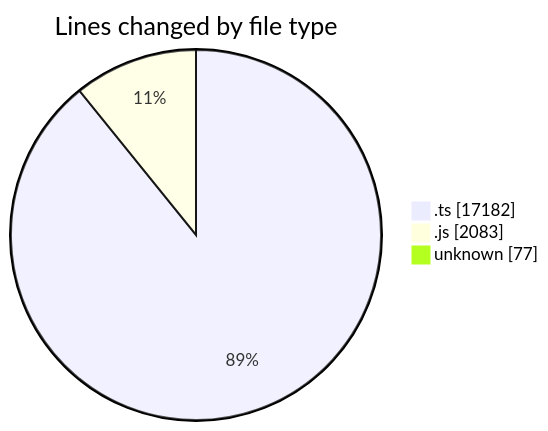
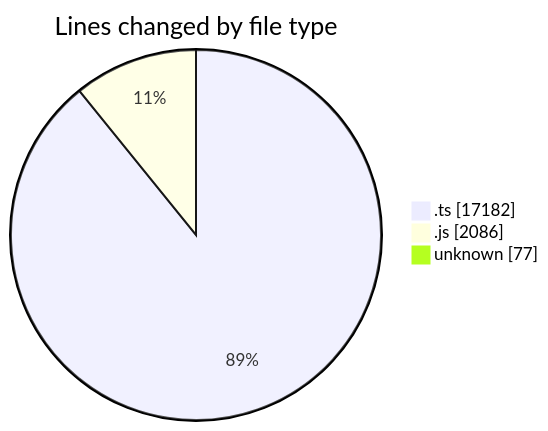
The first of 2 diagrams in 2026-02-03/cda/README.md (momahboobian/code-tracking), drawn with Mermaid before and after one commit. The commit also changed other lines of this file and 1 other file, not shown here.

````diff
--- a/2026-02-03/cda/README.md
+++ b/2026-02-03/cda/README.md
@@ -28,7 +28,7 @@
 ```mermaid
 pie showData
 title Lines changed by file type
 ".ts" : 17182
-".js" : 2083
+".js" : 2086
 "unknown" : 77
 ```
````
